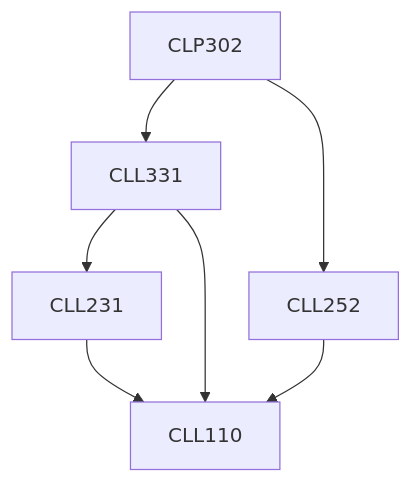
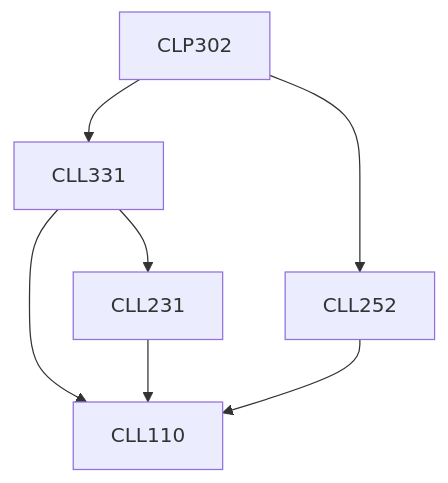
Before and after one commit to KeshavBansal0122/CoS_Website: the diagram in content/Chemical Engineering/CLP302.md, drawn with Mermaid. The commit also changed other lines of this file and 392 other files, not shown here.

````diff
--- a/content/Chemical Engineering/CLP302.md
+++ b/content/Chemical Engineering/CLP302.md
@@ -13,13 +13,13 @@
 ```mermaid
 flowchart TD
 CLP302-169[CLP302]
+CLL331-169 --> CLL110-169[CLL110]
+CLL231-169 --> CLL110-169[CLL110]
+CLL331-169 --> CLL231-169[CLL231]
 CLP302-169 --> CLL252-169[CLL252]
-CLL231-169 --> CLL110-169[CLL110]
-CLL331-169 --> CLL110-169[CLL110]
-CLL331-169 --> CLL231-169[CLL231]
 CLL252-169 --> CLL110-169[CLL110]
 CLP302-169 --> CLL331-169[CLL331]
 
 classDef empty height:17px, fill:transparent, stroke:transparent;
 classDef trueEmpty height:0px, width:0px;
 ```
````
